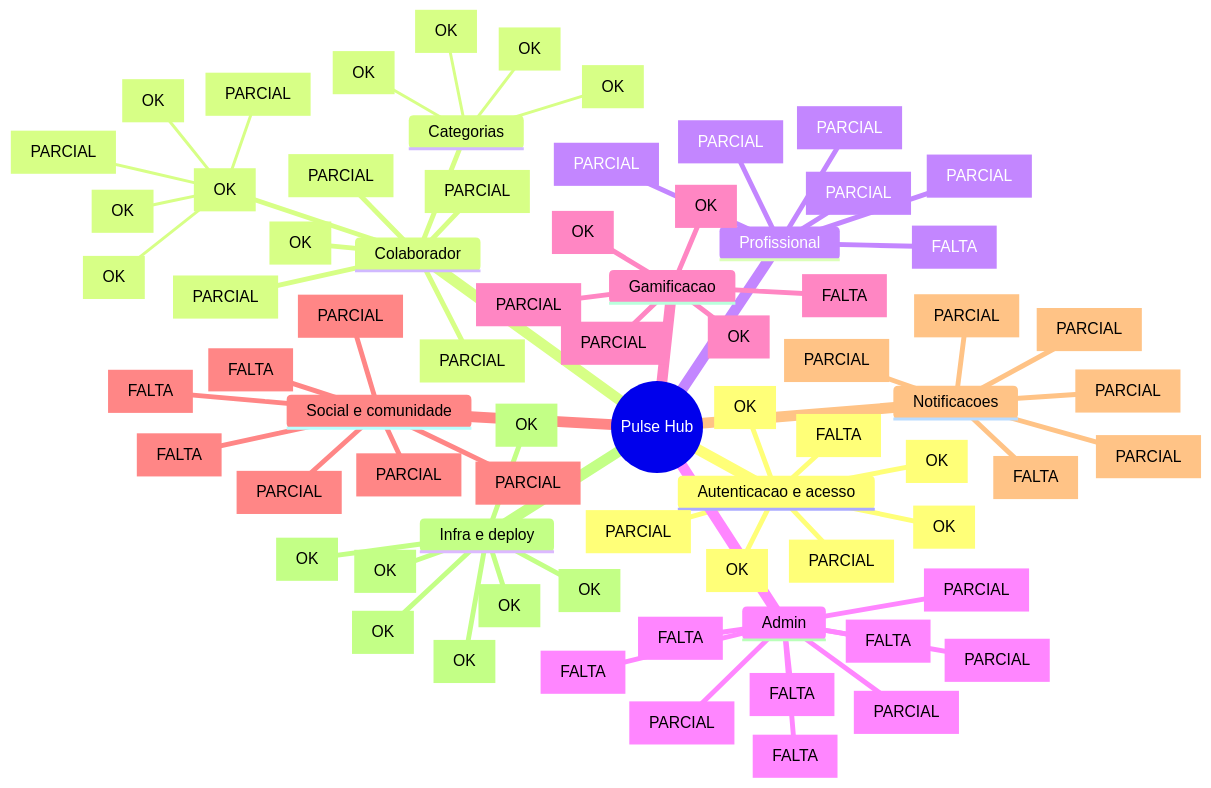
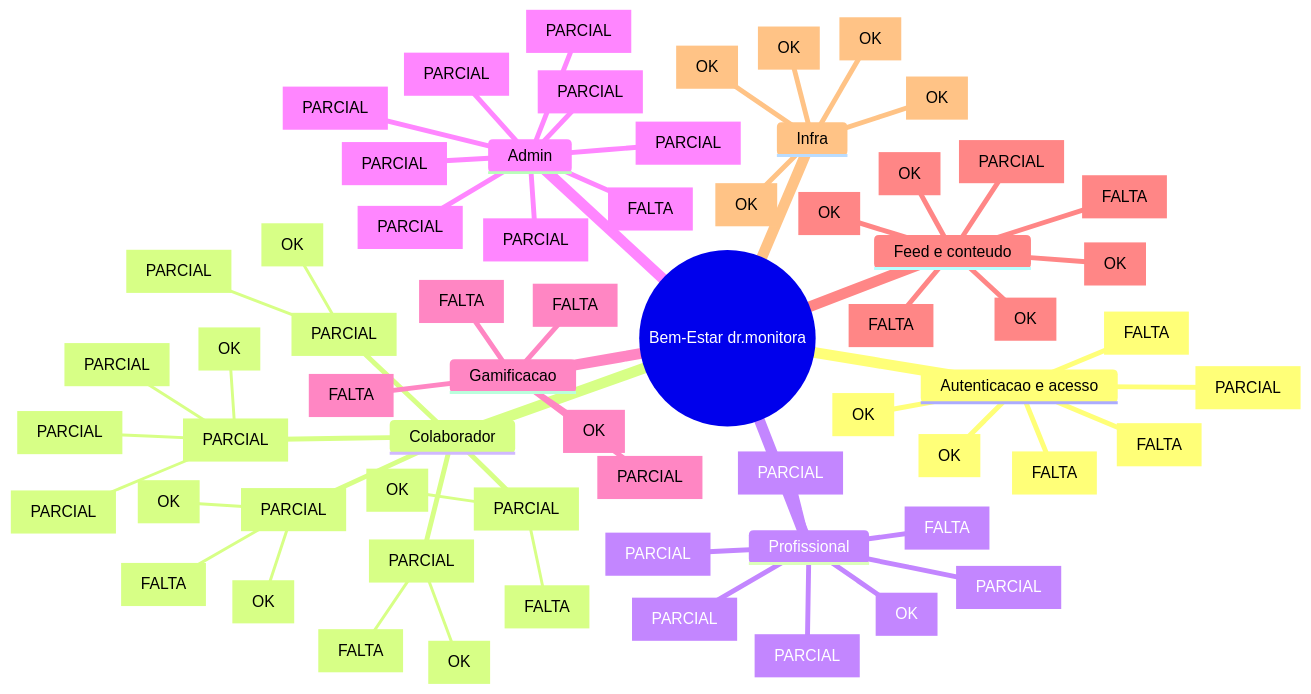
Before and after one commit to felipemaiocch/bem-estar: the diagram in docs/mapa-mental-produto.md, drawn with Mermaid. The commit also changed other lines of this file and 1 other file, not shown here.

Commit message:
docs: update wellness roadmap and implementation modules

````diff
--- a/docs/mapa-mental-produto.md
+++ b/docs/mapa-mental-produto.md
@@ -27,76 +22,68 @@
 ```mermaid
 mindmap
-  root((Pulse Hub))
+  root((Bem-Estar dr.monitora))
     Autenticacao e acesso
       Login email e senha [OK]
-      Login por perfil USER/PROFESSIONAL/ADMIN [OK]
-      Cadastro e onboarding inicial [PARCIAL]
-      Google Workspace [PARCIAL]
-      Esqueci minha senha [FALTA]
-      JWT + cookie de sessao [OK]
+      Cadastro publico [PARCIAL]
       RBAC por papel [OK]
+      Aprovacao de cadastro [FALTA]
+      Grupos e turmas [FALTA]
+      Primeiro aceite [FALTA]
     Colaborador
-      Home [OK]
-        Cards de categorias [OK]
+      Home [PARCIAL]
         Proxima sessao [OK]
-        Pontos e ofensiva [OK]
-        Feed social de atividades [PARCIAL]
-        Depoimentos [PARCIAL]
+        Check-in rapido [PARCIAL]
+        Feed [PARCIAL]
+        Ranking rapido [PARCIAL]
       Agenda [PARCIAL]
-      Ranking [OK]
+        Reserva real [OK]
+        Lista de espera [OK]
+        Turmas fechadas [FALTA]
       Progresso [PARCIAL]
-      Acompanhamento [PARCIAL]
-      Perfil e notificacoes [PARCIAL]
-      Categorias
-        Saude e bem-estar [OK]
-        Cultura [OK]
-        Eventos [OK]
-        Festas [OK]
+        Historico bem-estar [OK]
+        Streak real [FALTA]
+      Ranking [PARCIAL]
+        Score global [OK]
+        Privacidade ranking [FALTA]
+      Perfil [PARCIAL]
+        Registros profissionais [OK]
+        Termos e consentimentos [PARCIAL]
     Profissional
-      Dashboard do dia [PARCIAL]
-      Agenda de atendimentos [PARCIAL]
-      Confirmar presenca [PARCIAL]
-      Historico do paciente [PARCIAL]
-      Observacoes clinicas [PARCIAL]
-      Publicar fotos de atividades [FALTA]
+      Dashboard [PARCIAL]
+      Agenda [PARCIAL]
+      Registro atendimento [OK]
+      Historico paciente [PARCIAL]
+      Feed profissional [PARCIAL]
+      Comunicacao interna [PARCIAL]
+      Avaliacoes [FALTA]
     Admin
-      Dashboard geral [PARCIAL]
-      Metricas de engajamento [PARCIAL]
-      Acoes rapidas [PARCIAL]
-      Notificacoes em massa [PARCIAL]
-      Gestao de usuarios [FALTA]
-      Gestao de profissionais [FALTA]
-      Gestao de eventos e cultura [FALTA]
-      Regras de gamificacao [FALTA]
-      Relatorios reais [FALTA]
+      Dashboard [PARCIAL]
+      Usuarios [PARCIAL]
+      Profissionais [PARCIAL]
+      Eventos [PARCIAL]
+      Gamificacao [PARCIAL]
+      Moderacao [PARCIAL]
+      Conteudos [PARCIAL]
+      Relatorios [FALTA]
+      Compliance [PARCIAL]
     Gamificacao
-      Pontos [OK]
-      Ranking geral [OK]
-      Streak/ofensiva [OK]
-      Pontos por sessao e evento [PARCIAL]
-      Medalhas/badges [PARCIAL]
-      Regras editaveis pelo admin [FALTA]
-    Social e comunidade
-      Feed com fotos [PARCIAL]
-      Curtidas [PARCIAL]
-      Comentarios [PARCIAL]
-      Depoimentos [PARCIAL]
-      Moderacao [FALTA]
-      Denuncia/report [FALTA]
-      Consentimento de imagem [FALTA]
-    Notificacoes
-      Central de notificacoes [PARCIAL]
-      Toggles no perfil [PARCIAL]
-      Lembrete 1 dia antes [PARCIAL]
-      Lembrete 1 hora antes [PARCIAL]
-      Vaga liberada [PARCIAL]
-      Push real [FALTA]
-    Infra e deploy
-      Next.js App Router [OK]
-      Tailwind + componentes UI [OK]
-      Prisma + Neon ready [OK]
-      Vercel ready [OK]
-      Manifest/PWA [OK]
-      Loading skeleton [OK]
-      API login/register/health [OK]
+      Score atual [OK]
+      Regras admin [PARCIAL]
+      Pontos separados de moedas [FALTA]
+      Ledger de transacoes [FALTA]
+      Check-in e streak [FALTA]
+    Feed e conteudo
+      Posts [OK]
+      Curtidas [OK]
+      Comentarios [OK]
+      Chave para bloquear postagem [OK]
+      Fila aprovacao [FALTA]
+      Blog dicas especialistas [FALTA]
+      Links e embeds [PARCIAL]
+    Infra
+      Next.js 16 App Router [OK]
+      Prisma e Neon [OK]
+      Vercel [OK]
+      PWA manifest [OK]
+      GitHub remoto [OK]
 ```
````
